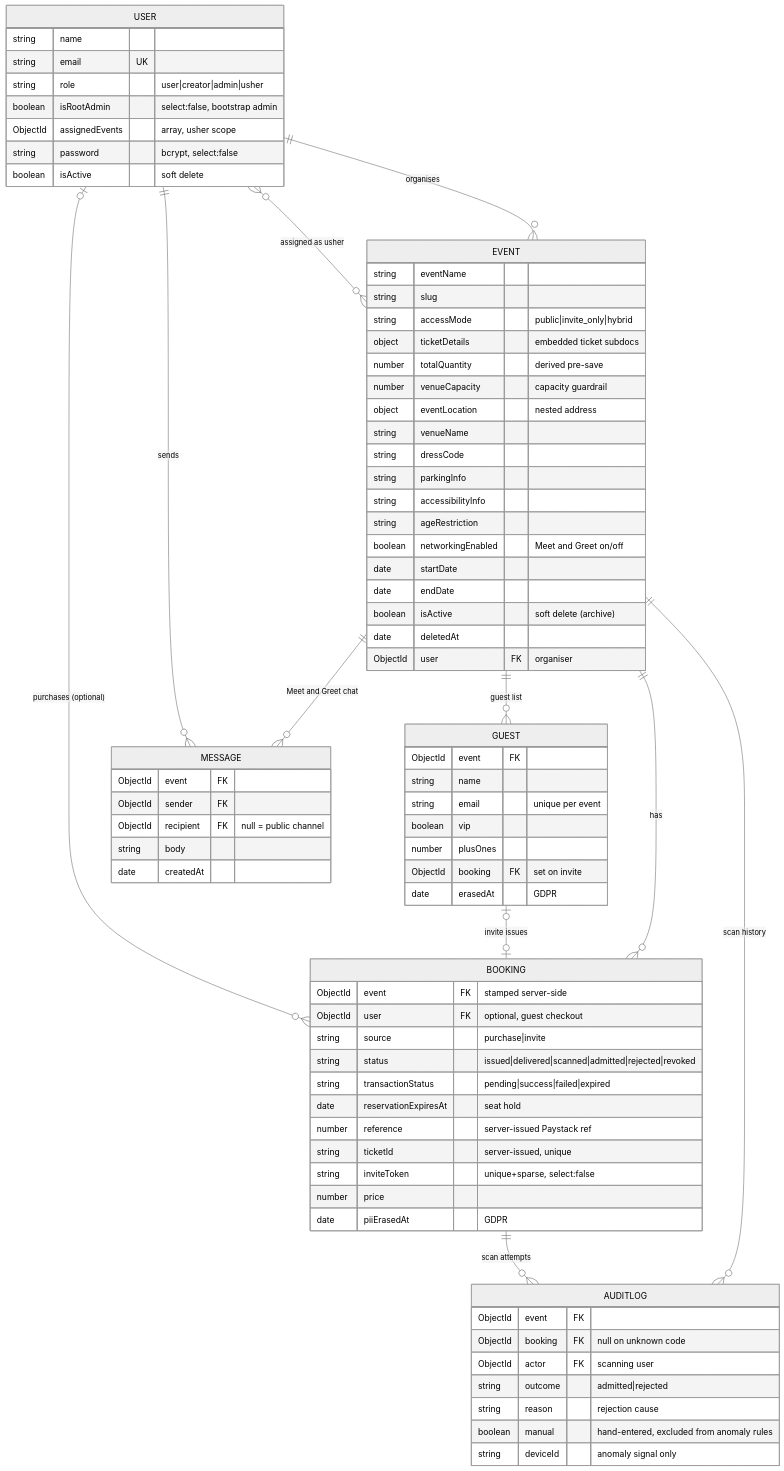
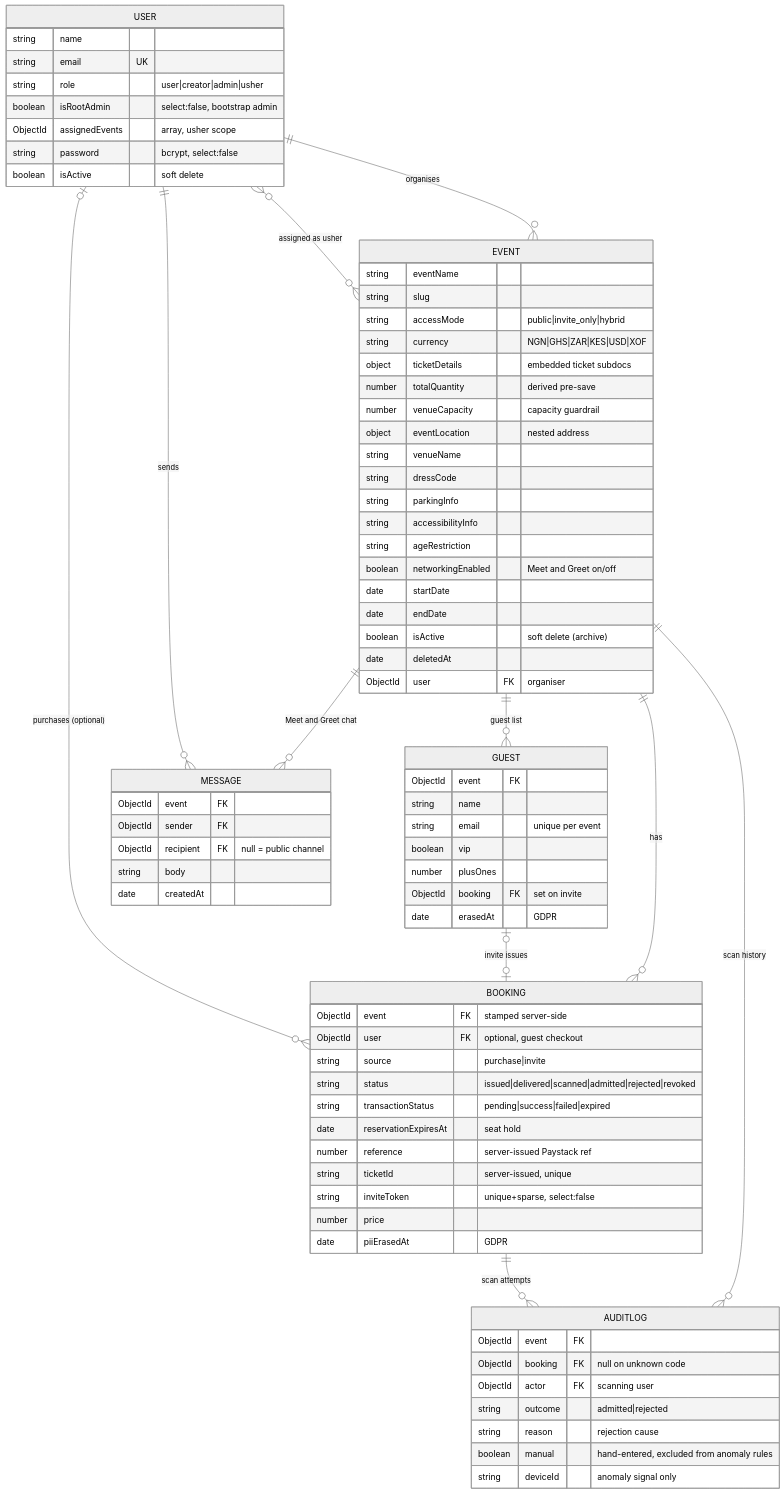
The second of 3 diagrams in docs/technical-documentation.md (dLuxKid/ticketflow), drawn with Mermaid (neutral theme) before and after one commit. The commit also changed other lines of this file and 38 other files, not shown here.

````diff
--- a/docs/technical-documentation.md
+++ b/docs/technical-documentation.md
@@ -197,81 +197,82 @@
 ```mermaid
 erDiagram
     USER ||--o{ EVENT : "organises"
     USER }o--o{ EVENT : "assigned as usher"
     EVENT ||--o{ BOOKING : "has"
     EVENT ||--o{ GUEST : "guest list"
     EVENT ||--o{ AUDITLOG : "scan history"
     EVENT ||--o{ MESSAGE : "Meet and Greet chat"
     GUEST |o--o| BOOKING : "invite issues"
     USER |o--o{ BOOKING : "purchases (optional)"
     USER ||--o{ MESSAGE : "sends"
     BOOKING ||--o{ AUDITLOG : "scan attempts"
 
     USER {
         string   name
         string   email UK
         string   role "user|creator|admin|usher"
         boolean  isRootAdmin "select:false, bootstrap admin"
         ObjectId assignedEvents "array, usher scope"
         string   password "bcrypt, select:false"
         boolean  isActive "soft delete"
     }
     EVENT {
         string   eventName
         string   slug
         string   accessMode "public|invite_only|hybrid"
+        string   currency "NGN|GHS|ZAR|KES|USD|XOF"
         object   ticketDetails "embedded ticket subdocs"
         number   totalQuantity "derived pre-save"
         number   venueCapacity "capacity guardrail"
         object   eventLocation "nested address"
         string   venueName
         string   dressCode
         string   parkingInfo
         string   accessibilityInfo
         string   ageRestriction
         boolean  networkingEnabled "Meet and Greet on/off"
         date     startDate
         date     endDate
         boolean  isActive "soft delete (archive)"
         date     deletedAt
         ObjectId user FK "organiser"
     }
     MESSAGE {
         ObjectId event FK
         ObjectId sender FK
         ObjectId recipient FK "null = public channel"
         string   body
         date     createdAt
     }
     BOOKING {
         ObjectId event FK "stamped server-side"
         ObjectId user FK "optional, guest checkout"
         string   source "purchase|invite"
         string   status "issued|delivered|scanned|admitted|rejected|revoked"
         string   transactionStatus "pending|success|failed|expired"
         date     reservationExpiresAt "seat hold"
         number   reference "server-issued Paystack ref"
         string   ticketId "server-issued, unique"
         string   inviteToken "unique+sparse, select:false"
         number   price
         date     piiErasedAt "GDPR"
     }
     GUEST {
         ObjectId event FK
         string   name
         string   email "unique per event"
         boolean  vip
         number   plusOnes
         ObjectId booking FK "set on invite"
         date     erasedAt "GDPR"
     }
     AUDITLOG {
         ObjectId event FK
         ObjectId booking FK "null on unknown code"
         ObjectId actor FK "scanning user"
         string   outcome "admitted|rejected"
         string   reason "rejection cause"
         boolean  manual "hand-entered, excluded from anomaly rules"
         string   deviceId "anomaly signal only"
     }
 ```
````
